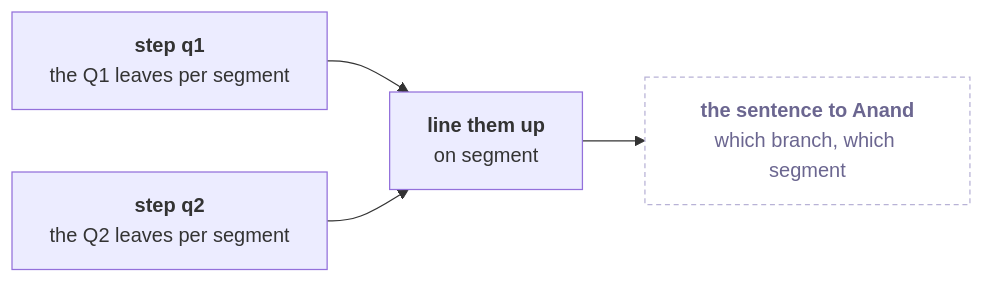
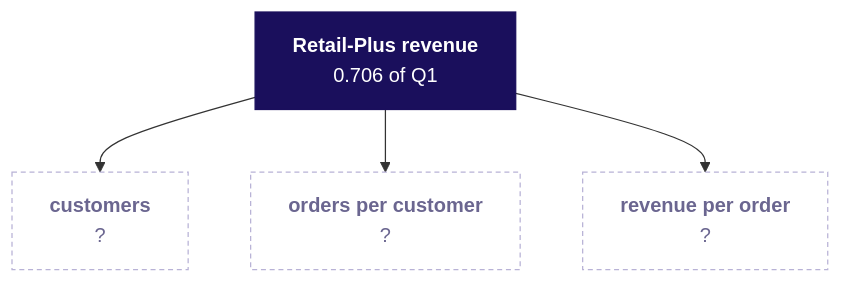
One commit to fde-academy-lab/c2-content-factory changed diagram 18 of 22 in content/W02/D1/slides/C2_W02_D01_half1_STUDENT.md. Above: the diagram before and after it, drawn with Mermaid. The commit also changed other lines of this file and 3 other files, not shown here.

````diff
--- a/content/W02/D1/slides/C2_W02_D01_half1_STUDENT.md
+++ b/content/W02/D1/slides/C2_W02_D01_half1_STUDENT.md
@@ -739,8 +1262,10 @@
 ```mermaid
-flowchart LR
-    Q1["<b>step q1</b><br/>the Q1 leaves per segment"] --> J["<b>line them up</b><br/>on segment"]
-    Q2["<b>step q2</b><br/>the Q2 leaves per segment"] --> J
-    J --> A["<b>the sentence to Anand</b><br/>which branch, which segment"]
+flowchart TB
+    R["<b>Retail-Plus revenue</b><br/>0.706 of Q1"] --> C["<b>customers</b><br/>?"]
+    R --> F["<b>orders per customer</b><br/>?"]
+    R --> V["<b>revenue per order</b><br/>?"]
     classDef unknown fill:#FFFFFF,stroke:#B8B2D6,color:#6B6690,stroke-dasharray:4 3
-    class A unknown
+    classDef bet fill:#1A0F5C,stroke:#1A0F5C,color:#FFFFFF
+    class C,F,V unknown
+    class R bet
 ```
````
